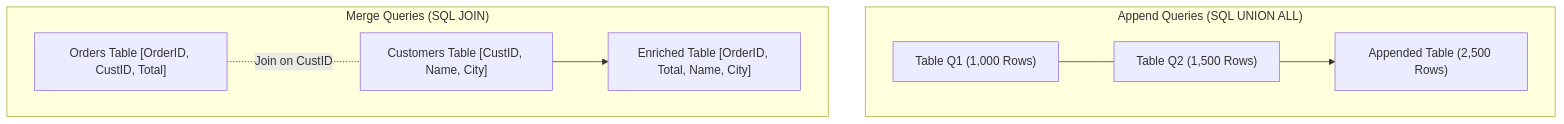
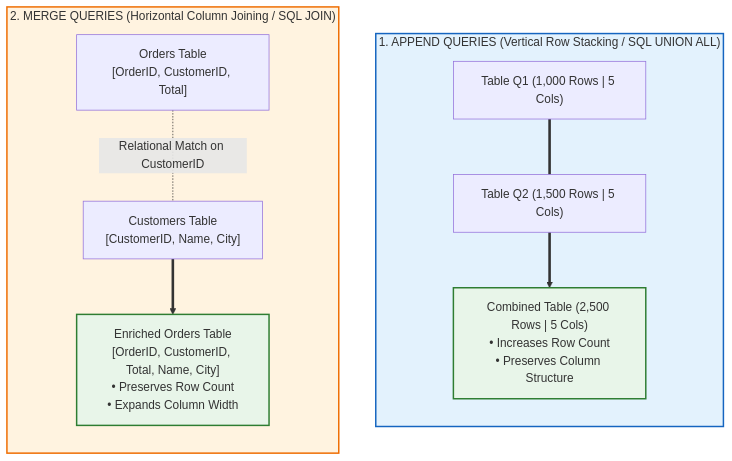
The first of 3 diagrams in 02_Notes/08_Power_Query_and_M/03_Combining_Data_Append_and_Merge.md (Sohila-Khaled-Abbas/COURSE-EXCEL-ZERO-TO-HERO), drawn with Mermaid before and after one commit. The commit also changed other lines of this file and 7 other files, not shown here.

First line of the commit message:
feat(module-08): align Power Query and M notes with curriculum mindmap architecture

````diff
--- a/02_Notes/08_Power_Query_and_M/03_Combining_Data_Append_and_Merge.md
+++ b/02_Notes/08_Power_Query_and_M/03_Combining_Data_Append_and_Merge.md
@@ -27,13 +32,23 @@
 ```mermaid
 flowchart TD
-    subgraph Append ["Append Queries (SQL UNION ALL)"]
-        A1["Table Q1 (1,000 Rows)"]
-        A2["Table Q2 (1,500 Rows)"]
-        A1 --- A2 --> AR["Appended Table (2,500 Rows)"]
+    subgraph APPEND ["1. APPEND QUERIES (Vertical Row Stacking / SQL UNION ALL)"]
+        direction TB
+        A1["Table Q1 (1,000 Rows | 5 Cols)"]
+        A2["Table Q2 (1,500 Rows | 5 Cols)"]
+        A1 === A2
+        A2 ==> A_OUT["Combined Table (2,500 Rows | 5 Cols)\n• Increases Row Count\n• Preserves Column Structure"]
     end
-    subgraph Merge ["Merge Queries (SQL JOIN)"]
-        M1["Orders Table [OrderID, CustID, Total]"]
-        M2["Customers Table [CustID, Name, City]"]
-        M1 -. Join on CustID .- M2 --> MR["Enriched Table [OrderID, Total, Name, City]"]
+
+    subgraph MERGE ["2. MERGE QUERIES (Horizontal Column Joining / SQL JOIN)"]
+        direction TB
+        M1["Orders Table\n[OrderID, CustomerID, Total]"]
+        M2["Customers Table\n[CustomerID, Name, City]"]
+        M1 -. Relational Match on CustomerID .- M2
+        M2 ==> M_OUT["Enriched Orders Table\n[OrderID, CustomerID, Total, Name, City]\n• Preserves Row Count\n• Expands Column Width"]
     end
+
+    style APPEND fill:#e3f2fd,stroke:#1565c0,stroke-width:2px
+    style MERGE fill:#fff3e0,stroke:#ef6c00,stroke-width:2px
+    style A_OUT fill:#e8f5e9,stroke:#2e7d32,stroke-width:2px
+    style M_OUT fill:#e8f5e9,stroke:#2e7d32,stroke-width:2px
 ```
````
